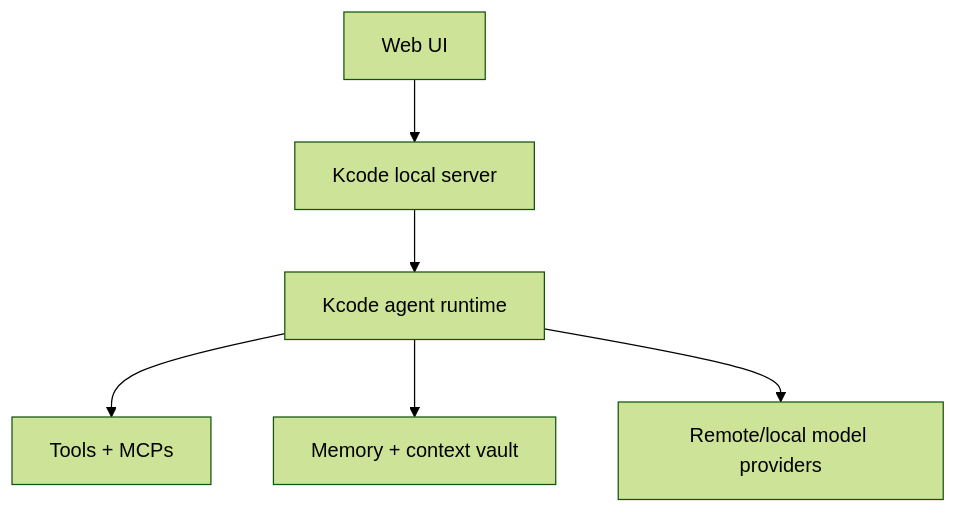
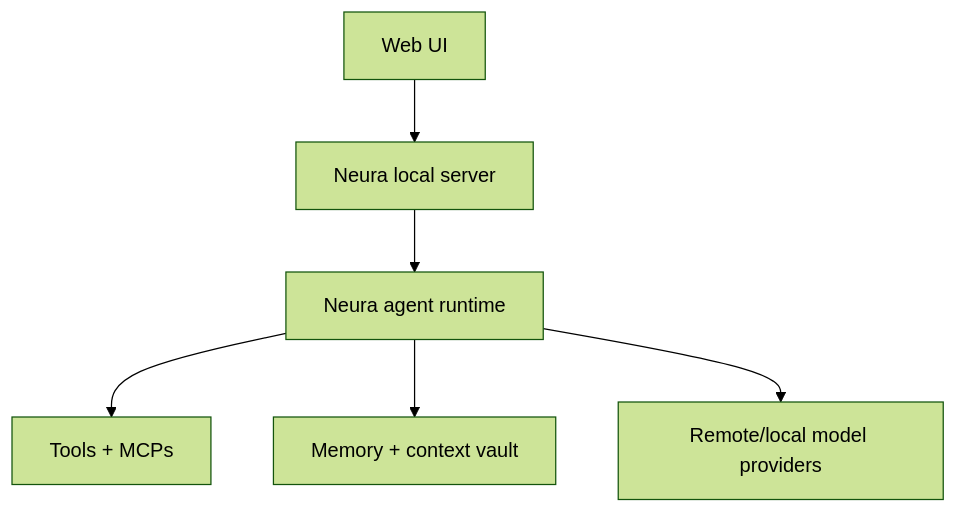
The second of 2 diagrams in docs/TODO.md (icedmoca/neura), drawn with Mermaid (forest theme) before and after one commit. The commit also changed other lines of this file and 562 other files, not shown here.

Commit message:
Rename Kcode to Neura

````diff
--- a/docs/TODO.md
+++ b/docs/TODO.md
@@ -129,8 +129,8 @@
 ```mermaid
 flowchart TD
-    Browser[Web UI] --> Server[Kcode local server]
-    Server --> Agent[Kcode agent runtime]
+    Browser[Web UI] --> Server[Neura local server]
+    Server --> Agent[Neura agent runtime]
     Agent --> Tools[Tools + MCPs]
     Agent --> Memory[Memory + context vault]
     Agent --> Provider[Remote/local model providers]
 ```
````
